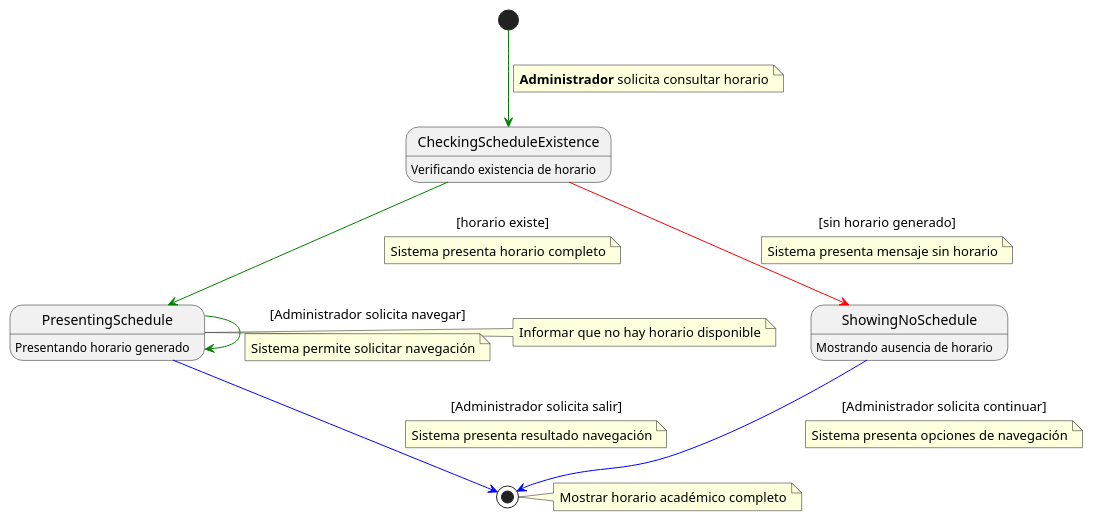
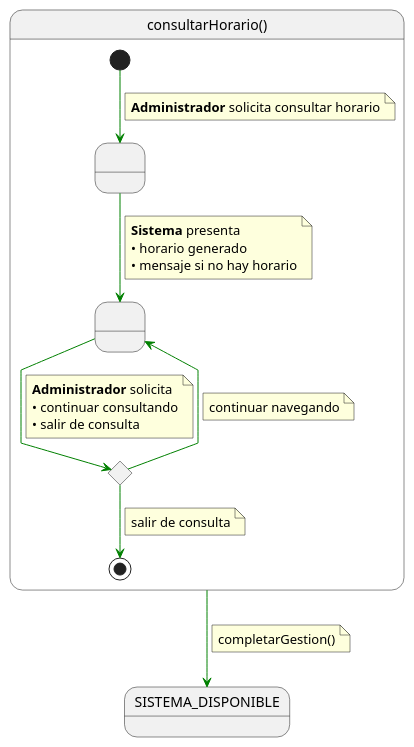
The diagram in RUP/00-casos-uso/02-detalle/consultarHorario/especificacion.puml (Hexcss/scheduler), drawn with PlantUML before and after one commit. The commit also changed 8 other files, not shown here.

```diff
--- a/RUP/00-casos-uso/02-detalle/consultarHorario/especificacion.puml
+++ b/RUP/00-casos-uso/02-detalle/consultarHorario/especificacion.puml
@@ -1,41 +1,46 @@
 @startuml consultarHorario
 
-[*] -[#green]-> CheckingScheduleExistence 
+skinparam linetype polyline
+
+state consultarHorario as "consultarHorario()" {
+
+    state " " as RequiringConsultation
+    state " " as ProvidingSchedule
+    state c <<choice>>
+
+    [*] -[#green]-> RequiringConsultation 
+    note on link
+    <b>Administrador</b> solicita consultar horario
+    end note    
+    
+    RequiringConsultation -[#green]-> ProvidingSchedule
+    note on link
+    <b>Sistema</b> presenta
+    • horario generado
+    • mensaje si no hay horario
+    end note
+    
+    ProvidingSchedule -[#green]-> c
+    note on link
+    <b>Administrador</b> solicita
+    • continuar consultando
+    • salir de consulta
+    end note
+    
+    c -[#green]-> ProvidingSchedule
+    note on link
+    continuar navegando
+    end note
+
+    c -[#green]-> [*]
+    note on link
+    salir de consulta
+    end note
+}
+
+consultarHorario -[#green]-> SISTEMA_DISPONIBLE
 note on link
-<b>Administrador</b> solicita consultar horario
-end note
-
-CheckingScheduleExistence : Verificando existencia de horario
-
-CheckingScheduleExistence -[#red]-> ShowingNoSchedule : [sin horario generado]
-note on link
-Sistema presenta mensaje sin horario
-end note
-
-CheckingScheduleExistence -[#green]-> PresentingSchedule : [horario existe]
-note on link
-Sistema presenta horario completo
-end note
-
-ShowingNoSchedule : Mostrando ausencia de horario
-note right : Informar que no hay horario disponible
-
-ShowingNoSchedule -[#blue]-> [*] : [Administrador solicita continuar]
-note on link
-Sistema presenta opciones de navegación
-end note
-
-PresentingSchedule : Presentando horario generado
-note right : Mostrar horario académico completo
-
-PresentingSchedule -[#green]-> PresentingSchedule : [Administrador solicita navegar]
-note on link
-Sistema permite solicitar navegación
-end note
-
-PresentingSchedule -[#blue]-> [*] : [Administrador solicita salir]
-note on link
-Sistema presenta resultado navegación
+completarGestion()
 end note
 
 @enduml
```
